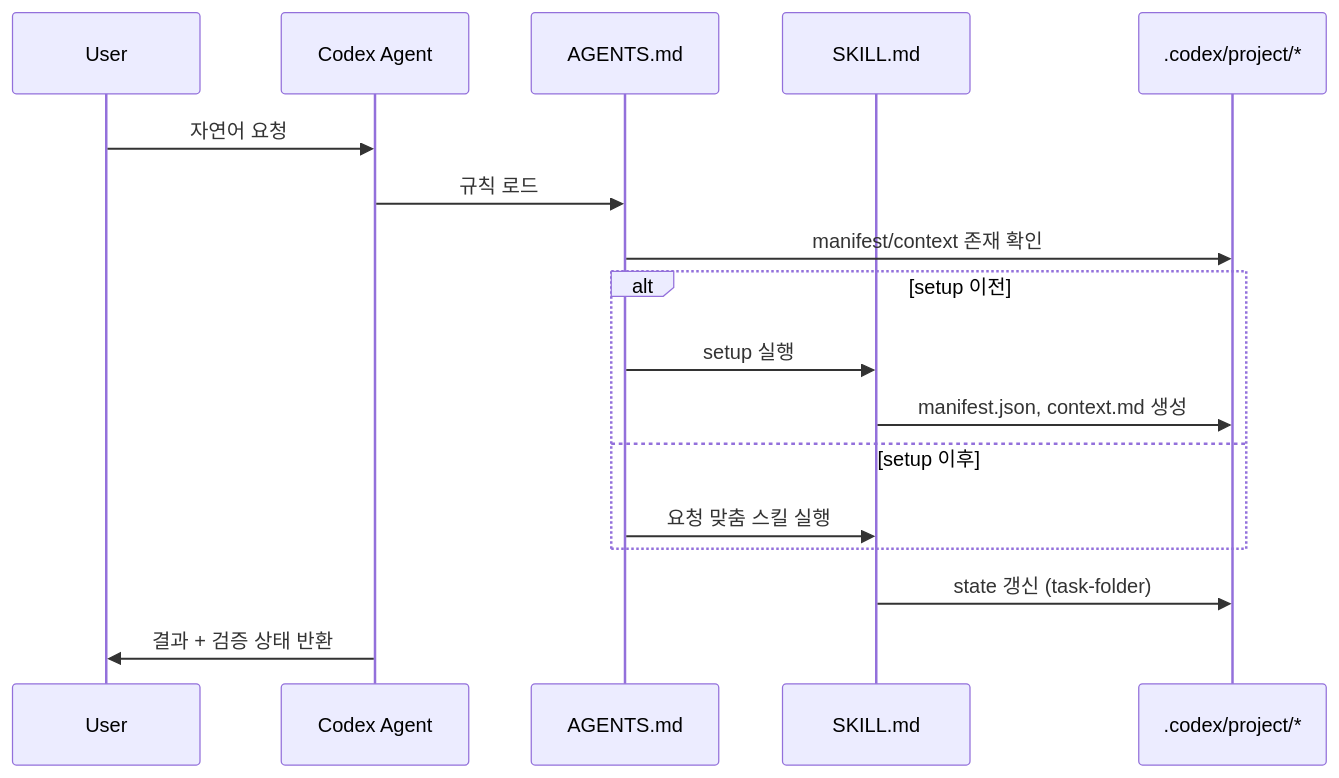
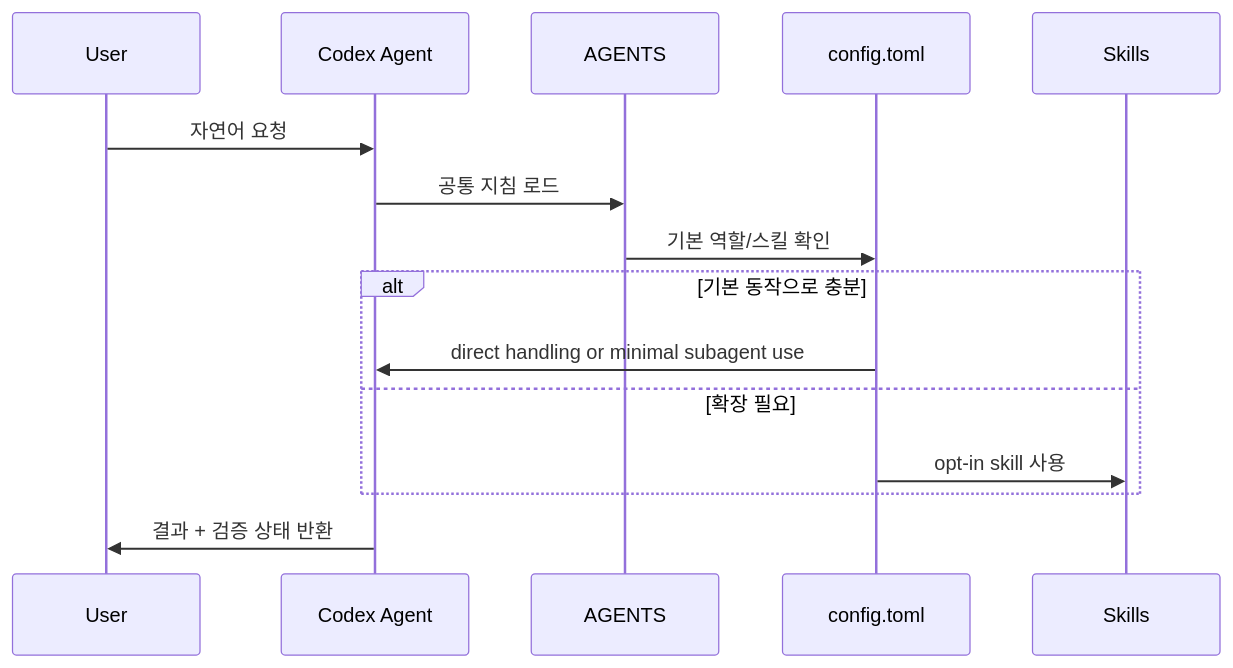
The diagram in Documents/05-data-flow.md (Jimmy-Jung/codex_symbiote), drawn with Mermaid before and after one commit. The commit also changed other lines of this file and 40 other files, not shown here.

````diff
--- a/Documents/05-data-flow.md
+++ b/Documents/05-data-flow.md
@@ -10,20 +10,18 @@
 ```mermaid
 sequenceDiagram
     participant User as User
     participant Agent as Codex Agent
-    participant Orchestrator as AGENTS.md
-    participant Skill as SKILL.md
-    participant Project as .codex/project/*
+    participant Rules as AGENTS
+    participant Config as config.toml
+    participant Skills as Skills
 
     User->>Agent: 자연어 요청
-    Agent->>Orchestrator: 규칙 로드
-    Orchestrator->>Project: manifest/context 존재 확인
-    alt setup 이전
-        Orchestrator->>Skill: setup 실행
-        Skill->>Project: manifest.json, context.md 생성
-    else setup 이후
-        Orchestrator->>Skill: 요청 맞춤 스킬 실행
+    Agent->>Rules: 공통 지침 로드
+    Rules->>Config: 기본 역할/스킬 확인
+    alt 기본 동작으로 충분
+        Config->>Agent: direct handling or minimal subagent use
+    else 확장 필요
+        Config->>Skills: opt-in skill 사용
     end
-    Skill->>Project: state 갱신 (task-folder)
     Agent->>User: 결과 + 검증 상태 반환
 ```
````
